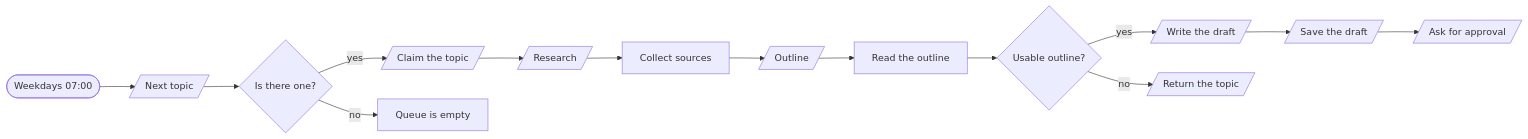
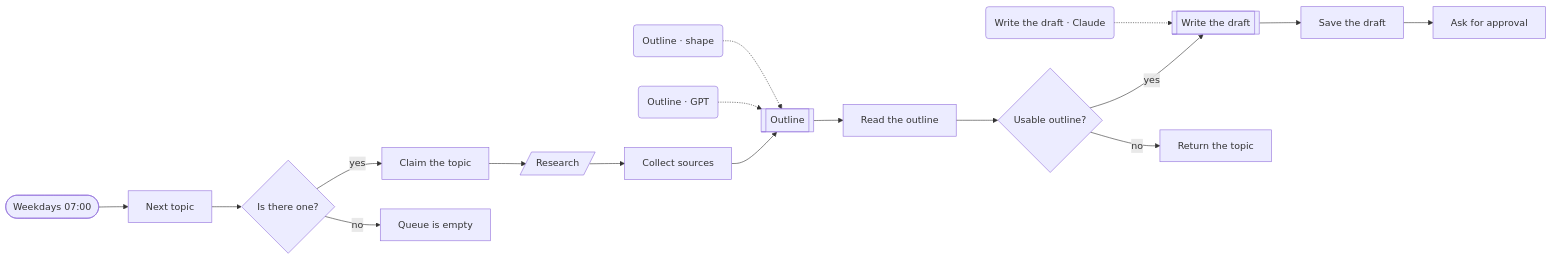
One commit to kimjoshuadr/n8n-workflows changed the first of 3 diagrams in systems/content-pipeline/README.md. Above: the diagram before and after it, drawn with Mermaid. The commit also changed other lines of this file and 184 other files, not shown here.

Commit message:
Finish the move to named platforms: blocks, BambooHR, generated README, schema and platform marks

````diff
--- a/systems/content-pipeline/README.md
+++ b/systems/content-pipeline/README.md
@@ -23,30 +21,36 @@
 ```mermaid
 flowchart LR
   njkudyd(["Weekdays 07:00"])
-  n1s0dx61[/"Next topic"/]
+  n1s0dx61["Next topic"]
   nsqkm2s{"Is there one?"}
-  n1twx045[/"Claim the topic"/]
+  n1twx045["Claim the topic"]
   n1y58p8i[/"Research"/]
   nsbkp8b["Collect sources"]
-  n1wxltmj[/"Outline"/]
+  n1wxltmj[["Outline"]]
+  nrxu5bx("Outline · GPT")
+  n19u6mr("Outline · shape")
   n13epnow["Read the outline"]
   n11h8q5a{"Usable outline?"}
-  nq8z416[/"Write the draft"/]
-  nqrrbjq[/"Save the draft"/]
-  nk0wy08[/"Ask for approval"/]
-  n1dhughj[/"Return the topic"/]
+  nq8z416[["Write the draft"]]
+  n15u3fjx("Write the draft · Claude")
+  nqrrbjq["Save the draft"]
+  nk0wy08["Ask for approval"]
+  n1dhughj["Return the topic"]
   n11tw0rx["Queue is empty"]
   njkudyd --> n1s0dx61
   n1s0dx61 --> nsqkm2s
   nsqkm2s -->|yes| n1twx045
   n1twx045 --> n1y58p8i
   n1y58p8i --> nsbkp8b
   nsbkp8b --> n1wxltmj
   n1wxltmj --> n13epnow
   n13epnow --> n11h8q5a
   n11h8q5a -->|yes| nq8z416
   nq8z416 --> nqrrbjq
   nqrrbjq --> nk0wy08
   nsqkm2s -->|no| n11tw0rx
   n11h8q5a -->|no| n1dhughj
+  nrxu5bx -.-> n1wxltmj
+  n19u6mr -.-> n1wxltmj
+  n15u3fjx -.-> nq8z416
 ```
````
